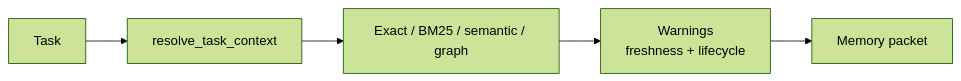
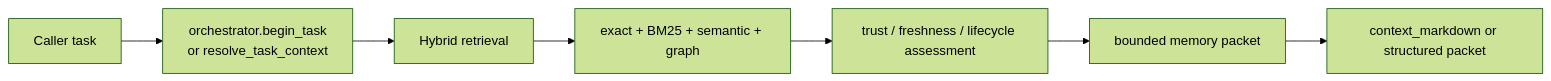
One commit to Jianyu010/MnemonicOS changed the second of 5 diagrams in README.md. Above: the diagram before and after it, drawn with Mermaid (forest theme). The commit also changed other lines of this file and 38 other files, not shown here.

Commit message:
Update README for orchestrator and daemon architecture

````diff
--- a/README.md
+++ b/README.md
@@ -123,7 +37,9 @@
 ```mermaid
 flowchart LR
-    Q["Task"] --> R["resolve_task_context"]
-    R --> E["Exact / BM25 / semantic / graph"]
-    E --> W["Warnings<br/>freshness + lifecycle"]
-    W --> P["Memory packet"]
+    A["Caller task"] --> B["orchestrator.begin_task<br/>or resolve_task_context"]
+    B --> C["Hybrid retrieval"]
+    C --> D["exact + BM25 + semantic + graph"]
+    D --> E["trust / freshness / lifecycle assessment"]
+    E --> F["bounded memory packet"]
+    F --> G["context_markdown or structured packet"]
 ```
````
